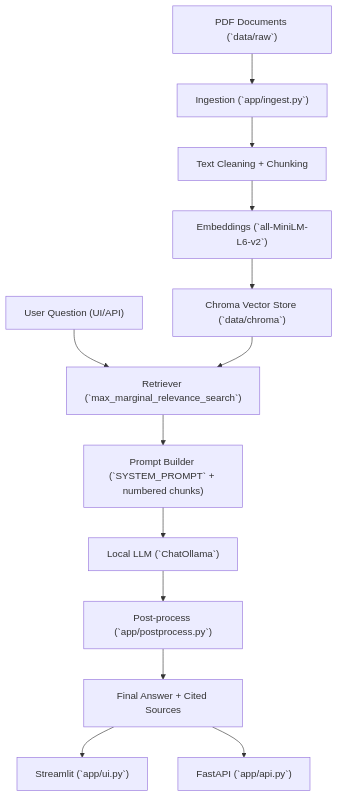
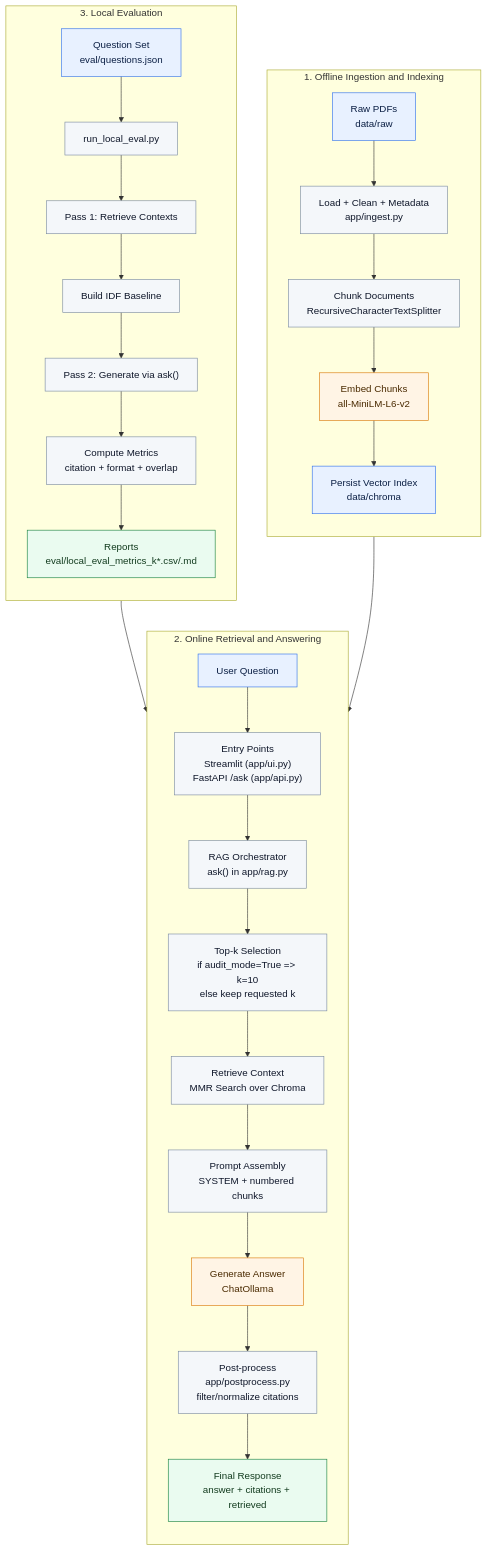
One commit to fardinhossain007/security-co-pilot-RAG changed the diagram in docs/architecture.md. Above: the diagram before and after it, drawn with Mermaid. The commit also changed other lines of this file, not shown here.

````diff
--- a/docs/architecture.md
+++ b/docs/architecture.md
@@ -5,17 +5,55 @@
 ```mermaid
-flowchart TD
-    A["PDF Documents (`data/raw`)"] --> B["Ingestion (`app/ingest.py`)"]
-    B --> C["Text Cleaning + Chunking"]
-    C --> D["Embeddings (`all-MiniLM-L6-v2`)"]
-    D --> E["Chroma Vector Store (`data/chroma`)"]
+flowchart TB
 
-    U["User Question (UI/API)"] --> R["Retriever (`max_marginal_relevance_search`)"]
-    E --> R
-    R --> P["Prompt Builder (`SYSTEM_PROMPT` + numbered chunks)"]
-    P --> L["Local LLM (`ChatOllama`)"]
-    L --> N["Post-process (`app/postprocess.py`)"]
-    N --> O["Final Answer + Cited Sources"]
+  %% STYLE
+  classDef data fill:#E8F1FF,stroke:#2F6FEB,stroke-width:1px,color:#0B1F44;
+  classDef process fill:#F4F7FA,stroke:#7A8AA0,stroke-width:1px,color:#0F172A;
+  classDef model fill:#FFF4E5,stroke:#D97706,stroke-width:1px,color:#4A2A00;
+  classDef output fill:#EAFBF0,stroke:#15803D,stroke-width:1px,color:#123B1E;
 
-    O --> UI["Streamlit (`app/ui.py`)"]
-    O --> API["FastAPI (`app/api.py`)"]
+  %% 1) OFFLINE
+  subgraph S1["1. Offline Ingestion and Indexing"]
+    direction TB
+    A["Raw PDFs<br/>data/raw"]:::data
+    B["Load + Clean + Metadata<br/>app/ingest.py"]:::process
+    C["Chunk Documents<br/>RecursiveCharacterTextSplitter"]:::process
+    D["Embed Chunks<br/>all-MiniLM-L6-v2"]:::model
+    E["Persist Vector Index<br/>data/chroma"]:::data
+
+    A --> B --> C --> D --> E
+  end
+
+  %% 2) ONLINE
+  subgraph S2["2. Online Retrieval and Answering"]
+    direction TB
+    U["User Question"]:::data
+    EP["Entry Points<br/>Streamlit (app/ui.py)<br/>FastAPI /ask (app/api.py)"]:::process
+    ORCH["RAG Orchestrator<br/>ask() in app/rag.py"]:::process
+    K["Top-k Selection<br/>if audit_mode=True => k=10<br/>else keep requested k"]:::process
+    RET["Retrieve Context<br/>MMR Search over Chroma"]:::process
+    PROMPT["Prompt Assembly<br/>SYSTEM + numbered chunks"]:::process
+    LLM["Generate Answer<br/>ChatOllama"]:::model
+    POST["Post-process<br/>app/postprocess.py<br/>filter/normalize citations"]:::process
+    OUT["Final Response<br/>answer + citations + retrieved"]:::output
+
+    U --> EP --> ORCH --> K --> RET --> PROMPT --> LLM --> POST --> OUT
+  end
+
+  %% 3) EVAL
+  subgraph S3["3. Local Evaluation"]
+    direction TB
+    Q["Question Set<br/>eval/questions.json"]:::data
+    EV["run_local_eval.py"]:::process
+    P1["Pass 1: Retrieve Contexts"]:::process
+    IDF["Build IDF Baseline"]:::process
+    P2["Pass 2: Generate via ask()"]:::process
+    M["Compute Metrics<br/>citation + format + overlap"]:::process
+    R["Reports<br/>eval/local_eval_metrics_k*.csv/.md"]:::output
+
+    Q --> EV --> P1 --> IDF --> P2 --> M --> R
+  end
+
+  %% CROSS-STAGE LINKS
+  E --> RET
+  EV --> ORCH
 ```
````
